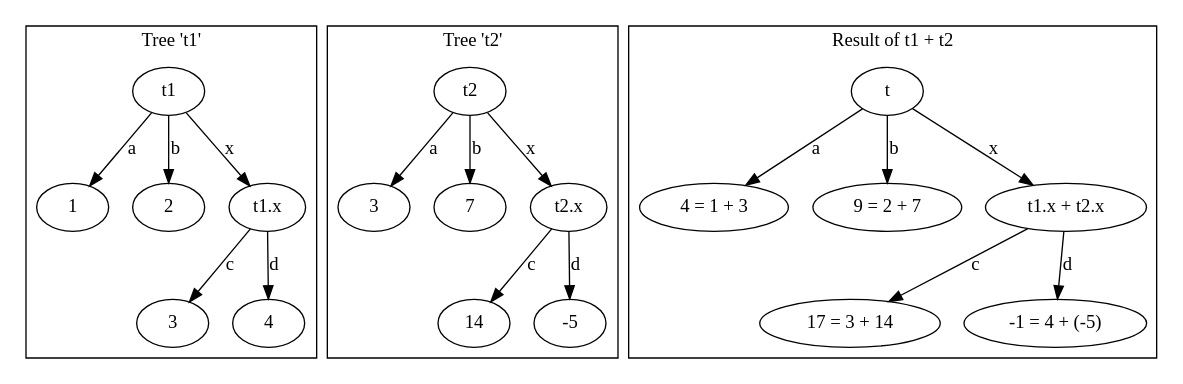
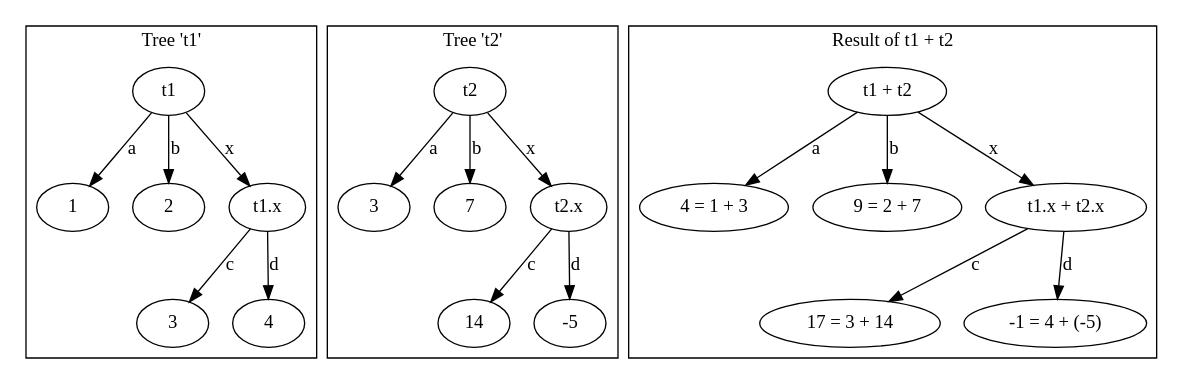
Before and after one commit to opendilab/treevalue: the diagram in docs/source/tutorials/calculation_add.gv, drawn with Graphviz. The commit also changed 3 other files, not shown here.

```diff
--- a/docs/source/tutorials/calculation_add.gv
+++ b/docs/source/tutorials/calculation_add.gv
@@ -1,48 +1,48 @@
-digraph calculation {
+digraph calculation_add {
     graph [bgcolor = "#ffffff00"];
 
     subgraph cluster_t1 {
     label = "Tree 't1'"
     root0 [label = "t1"];
     n01 [label = "1"];
     n02 [label = "2"];
     n03 [label = "t1.x"];
     n04 [label = "3"];
     n05 [label = "4"];
     root0 -> n01 [label = "a"];
     root0 -> n02 [label = "b"];
     root0 -> n03 [label = "x"];
     n03 -> n04 [label = "c"];
     n03 -> n05 [label = "d"];
     }
 
     subgraph cluster_t2 {
     label = "Tree 't2'"
     root1 [label = "t2"];
     n11 [label = "3"];
     n12 [label = "7"];
     n13 [label = "t2.x"];
     n14 [label = "14"];
     n15 [label = "-5"];
     root1 -> n11 [label = "a"];
     root1 -> n12 [label = "b"];
     root1 -> n13 [label = "x"];
     n13 -> n14 [label = "c"];
     n13 -> n15 [label = "d"];
     }
 
     subgraph cluster_step2 {
     label = "Result of t1 + t2"
-    root2 [label = "t"];
+    root2 [label = "t1 + t2"];
     n21 [label = "4 = 1 + 3"];
     n22 [label = "9 = 2 + 7"];
     n23 [label = "t1.x + t2.x"];
     n24 [label = "17 = 3 + 14"];
     n25 [label = "-1 = 4 + (-5)"];
     root2 -> n21 [label = "a"];
     root2 -> n22 [label = "b"];
     root2 -> n23 [label = "x"];
     n23 -> n24 [label = "c"];
     n23 -> n25 [label = "d"];
     }
 }
```
